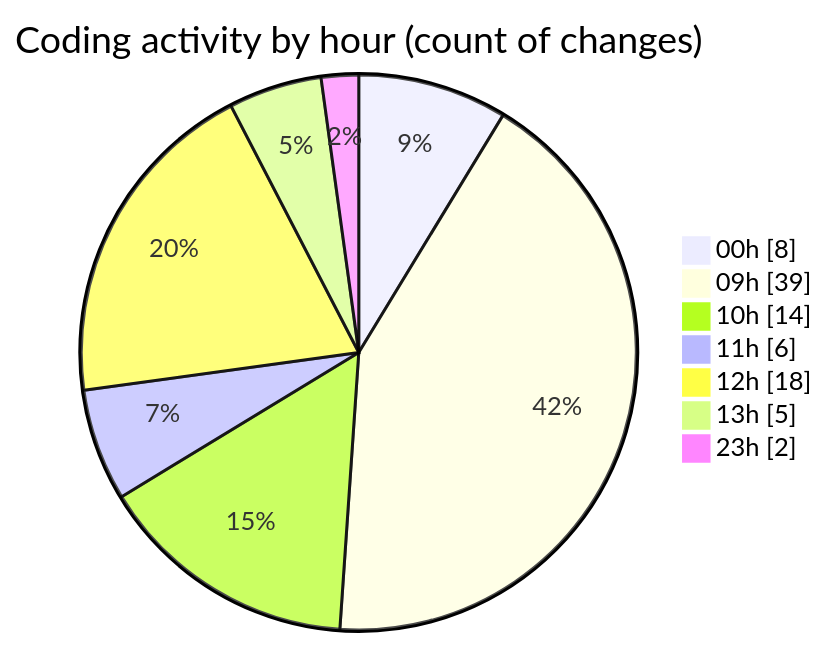
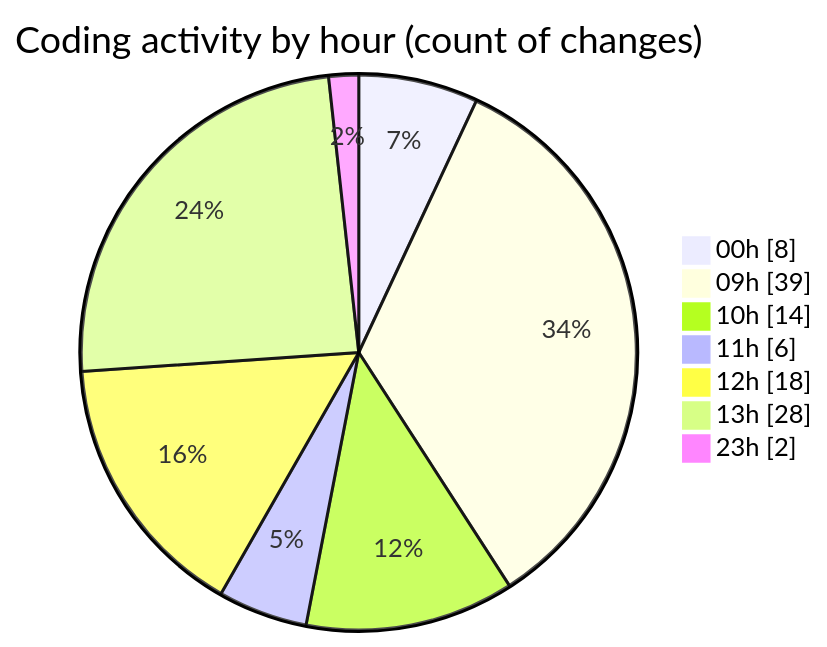
The second of 2 diagrams in 2025-12-18/cda/README.md (momahboobian/code-tracking), drawn with Mermaid before and after one commit. The commit also changed other lines of this file and 1 other file, not shown here.

````diff
--- a/2025-12-18/cda/README.md
+++ b/2025-12-18/cda/README.md
@@ -60,11 +72,11 @@
 ```mermaid
 pie showData
 title Coding activity by hour (count of changes)
 "00h" : 8
 "09h" : 39
 "10h" : 14
 "11h" : 6
 "12h" : 18
-"13h" : 5
+"13h" : 28
 "23h" : 2
 ```
````
